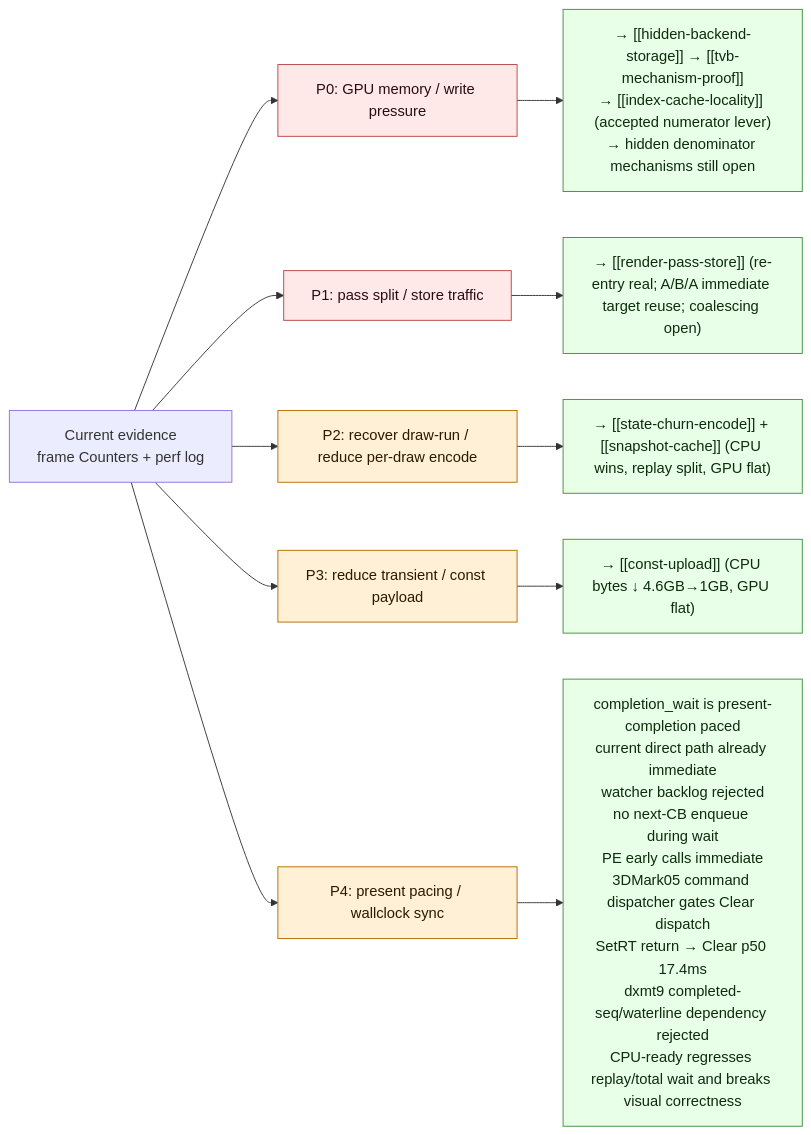
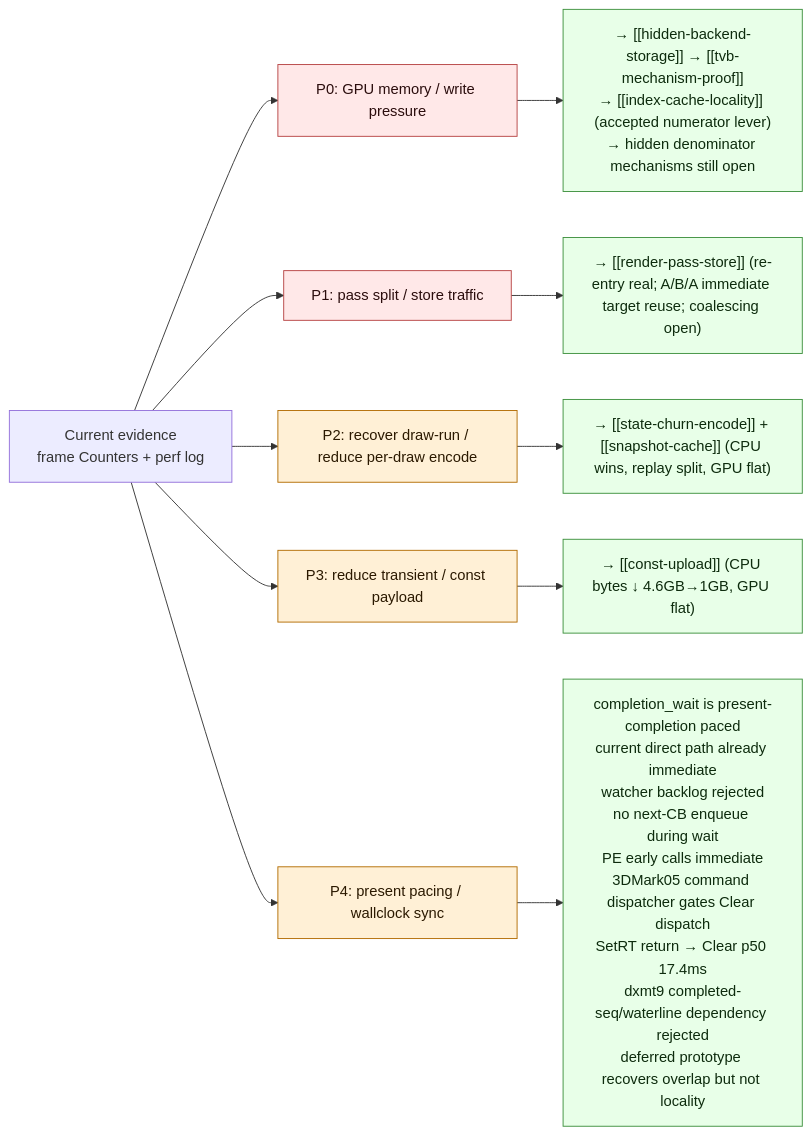
The second of 3 diagrams in docs/perfomance/overview-3dmark05-gt1.md (dfdgsdfg/dxmt9), drawn with Mermaid before and after one commit. The commit also changed other lines of this file and 13 other files, not shown here.

````diff
--- a/docs/perfomance/overview-3dmark05-gt1.md
+++ b/docs/perfomance/overview-3dmark05-gt1.md
@@ -607,21 +607,21 @@
 ```mermaid
 flowchart LR
   Start["Current evidence\nframe Counters + perf log"] --> P0["P0: GPU memory / write pressure"]
   Start --> P1["P1: pass split / store traffic"]
   Start --> P2["P2: recover draw-run / reduce per-draw encode"]
   Start --> P3["P3: reduce transient / const payload"]
   Start --> P4["P4: present pacing / wallclock sync"]
 
   P0 --> P0r["→ [[hidden-backend-storage]] → [[tvb-mechanism-proof]]\n→ [[index-cache-locality]] (accepted numerator lever)\n→ hidden denominator mechanisms still open"]
   P1 --> P1r["→ [[render-pass-store]] (re-entry real; A/B/A immediate target reuse; coalescing open)"]
   P2 --> P2r["→ [[state-churn-encode]] + [[snapshot-cache]] (CPU wins, replay split, GPU flat)"]
   P3 --> P3r["→ [[const-upload]] (CPU bytes ↓ 4.6GB→1GB, GPU flat)"]
-  P4 --> P4r["completion_wait is present-completion paced\ncurrent direct path already immediate\nwatcher backlog rejected\nno next-CB enqueue during wait\nPE early calls immediate\n3DMark05 command dispatcher gates Clear dispatch\nSetRT return → Clear p50 17.4ms\ndxmt9 completed-seq/waterline dependency rejected\nCPU-ready regresses replay/total wait and breaks visual correctness"]
+  P4 --> P4r["completion_wait is present-completion paced\ncurrent direct path already immediate\nwatcher backlog rejected\nno next-CB enqueue during wait\nPE early calls immediate\n3DMark05 command dispatcher gates Clear dispatch\nSetRT return → Clear p50 17.4ms\ndxmt9 completed-seq/waterline dependency rejected\ndeferred prototype recovers overlap but not locality"]
 
   classDef p0 fill:#ffe8e8,stroke:#b64242,color:#2b0d0d
   classDef p1 fill:#fff0d6,stroke:#b26b00,color:#2b1900
   classDef act fill:#e8ffe8,stroke:#3c8f3c,color:#0d2b0d
   class P0,P1 p0
   class P2,P3,P4 p1
   class P0r,P1r,P2r,P3r,P4r act
 ```
````
